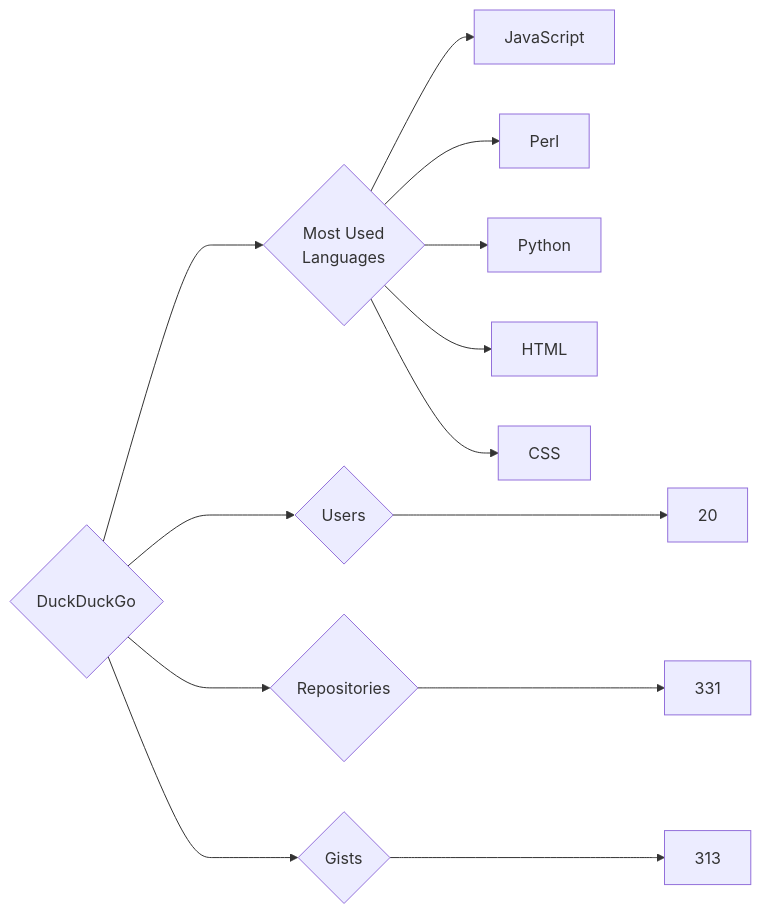
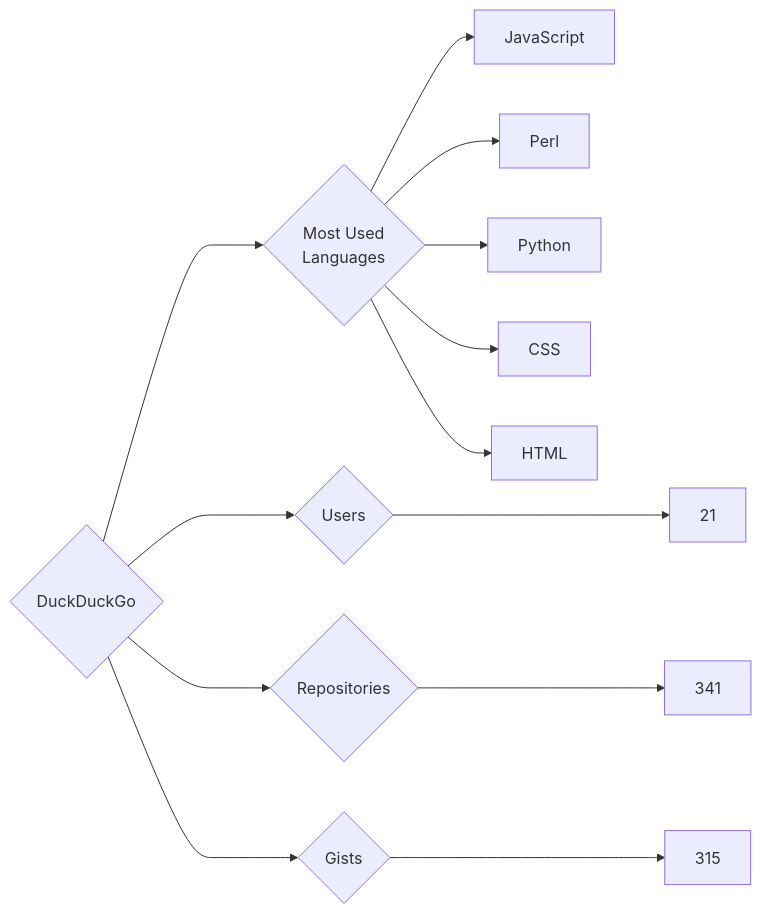
Before and after one commit to trickest/insiders: the diagram in targets/DuckDuckGo/README.md, drawn with Mermaid. The commit also changed 681 other files, not shown here.

````diff
--- a/targets/DuckDuckGo/README.md
+++ b/targets/DuckDuckGo/README.md
@@ -3,13 +3,13 @@
 ```mermaid
 graph LR
 COMPANY_NAME{DuckDuckGo}
-COMPANY_NAME ---> U{Users} ---> UN[20]
-COMPANY_NAME ---> R{Repositories} ---> RN[331]
-COMPANY_NAME ---> G{Gists} ---> GN[313]
+COMPANY_NAME ---> U{Users} ---> UN[21]
+COMPANY_NAME ---> R{Repositories} ---> RN[341]
+COMPANY_NAME ---> G{Gists} ---> GN[315]
 COMPANY_NAME ---> ML{Most Used<br>Languages}
 ML --> JavaScript[JavaScript]
 ML --> Perl[Perl]
 ML --> Python[Python]
+ML --> CSS[CSS]
 ML --> HTML[HTML]
-ML --> CSS[CSS]
 ```
````
